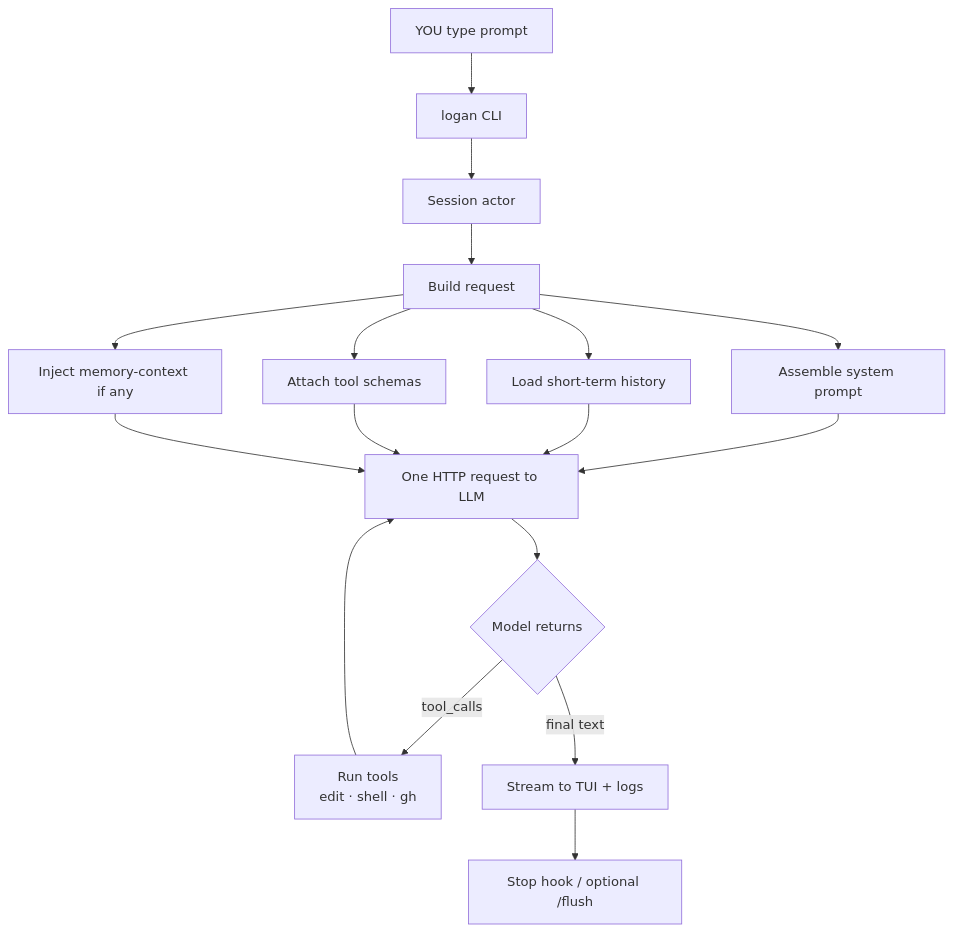
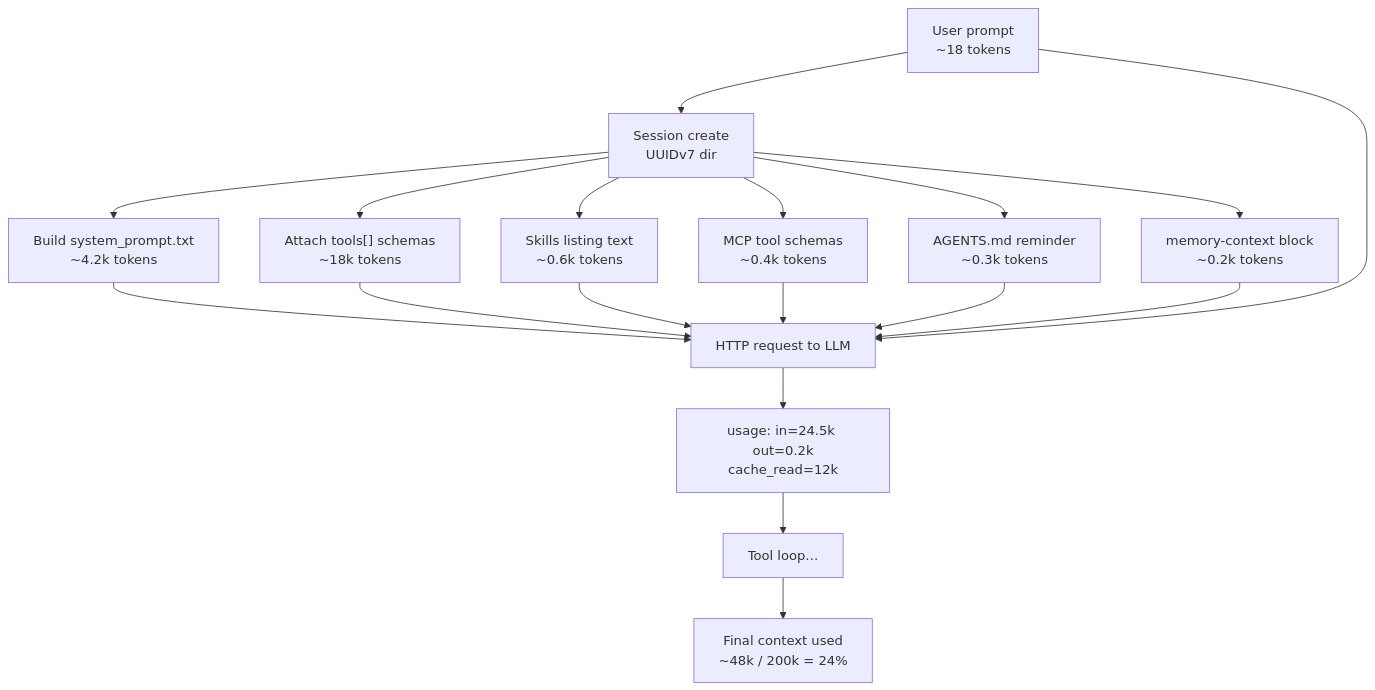
Before and after one commit to hoodini/logan-cli: the first of 3 diagrams in docs/PROMPT_JOURNEY_WALKTHROUGH.md, drawn with Mermaid. The commit also changed other lines of this file and 17 other files, not shown here.

First line of the commit message:
Ship --route auto, /stats, prompt journey with tokens, hardened agent

````diff
--- a/docs/PROMPT_JOURNEY_WALKTHROUGH.md
+++ b/docs/PROMPT_JOURNEY_WALKTHROUGH.md
@@ -25,19 +29,20 @@
 ```mermaid
 flowchart TD
-  U["YOU type prompt"] --> CLI["logan CLI"]
-  CLI --> S["Session actor"]
-  S --> B["Build request"]
-  B --> SP["Assemble system prompt"]
-  B --> H["Load short-term history"]
-  B --> T["Attach tool schemas"]
-  B --> M["Inject memory-context if any"]
-  SP --> R["One HTTP request to LLM"]
-  H --> R
-  T --> R
-  M --> R
-  R --> LOOP{"Model returns"}
-  LOOP -->|tool_calls| TOOLS["Run tools<br/>edit · shell · gh"]
-  TOOLS --> R
-  LOOP -->|final text| OUT["Stream to TUI + logs"]
-  OUT --> LEARN["Stop hook / optional /flush"]
+  P["User prompt<br/>~18 tokens"] --> S0["Session create<br/>UUIDv7 dir"]
+  S0 --> SP["Build system_prompt.txt<br/>~4.2k tokens"]
+  S0 --> TD["Attach tools[] schemas<br/>~18k tokens"]
+  S0 --> SK["Skills listing text<br/>~0.6k tokens"]
+  S0 --> MCP["MCP tool schemas<br/>~0.4k tokens"]
+  S0 --> AG["AGENTS.md reminder<br/>~0.3k tokens"]
+  S0 --> MEM["memory-context block<br/>~0.2k tokens"]
+  SP --> REQ["HTTP request to LLM"]
+  TD --> REQ
+  SK --> REQ
+  MCP --> REQ
+  AG --> REQ
+  MEM --> REQ
+  P --> REQ
+  REQ --> U1["usage: in=24.5k out=0.2k<br/>cache_read=12k"]
+  U1 --> LOOP["Tool loop…"]
+  LOOP --> FINAL["Final context used<br/>~48k / 200k = 24%"]
 ```
````
